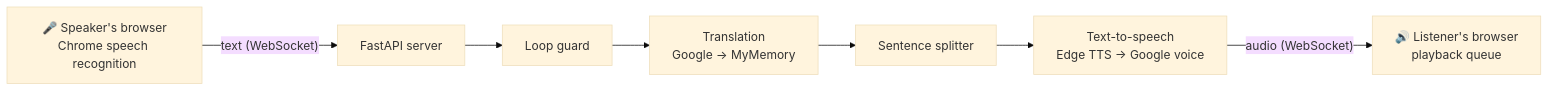
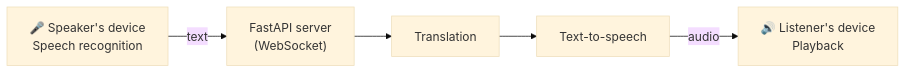
The diagram in README.md (pranavanish2004/AI-Phone-Interpreter), drawn with Mermaid (base theme) before and after one commit. The commit also changed other lines of this file, not shown here.

````diff
--- a/README.md
+++ b/README.md
@@ -31,9 +43,7 @@
 ```mermaid
 flowchart LR
-    A["🎤 Speaker's browser<br/>Chrome speech recognition"] -- text (WebSocket) --> B["FastAPI server"]
-    B --> C["Loop guard"]
-    C --> D["Translation<br/>Google → MyMemory"]
-    D --> E["Sentence splitter"]
-    E --> F["Text-to-speech<br/>Edge TTS → Google voice"]
-    F -- audio (WebSocket) --> G["🔊 Listener's browser<br/>playback queue"]
+    A["🎤 Speaker's device<br/>Speech recognition"] -- text --> B["FastAPI server<br/>(WebSocket)"]
+    B --> C["Translation"]
+    C --> D["Text-to-speech"]
+    D -- audio --> E["🔊 Listener's device<br/>Playback"]
 ```
````
